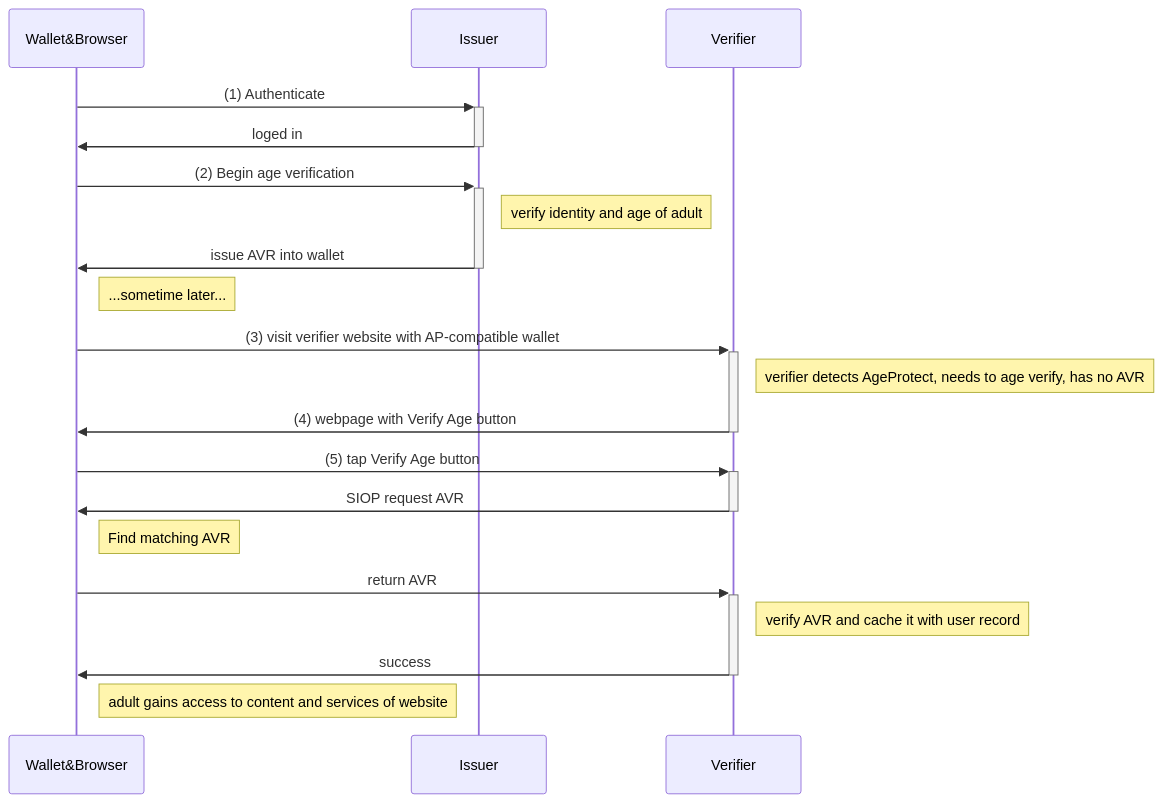
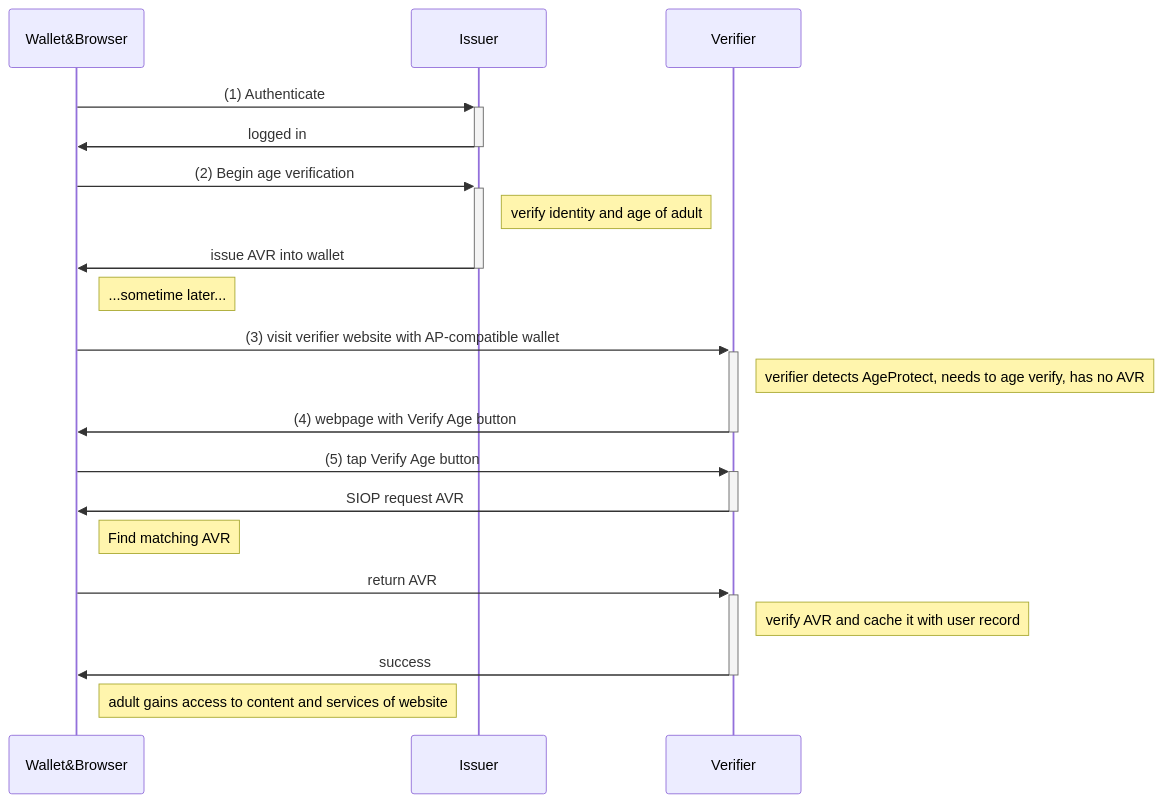
One commit to MeeFoundation/papers changed the diagram in age-protect/images/adult-sequence.mmd. Above: the diagram before and after it, drawn with Mermaid.

Commit message:
Fix a typo in the diagram

```diff
--- a/age-protect/images/adult-sequence.mmd
+++ b/age-protect/images/adult-sequence.mmd
@@ -1,21 +1,21 @@
 
 sequenceDiagram
     participant Wallet&Browser
     participant Issuer
     participant Verifier
     Wallet&Browser->>+Issuer: (1) Authenticate
-    Issuer->>-Wallet&Browser: loged in
+    Issuer->>-Wallet&Browser: logged in
     Wallet&Browser->>+Issuer: (2) Begin age verification
     Note right of Issuer: verify identity and age of adult
     Issuer->>-Wallet&Browser: issue AVR into wallet
     Note right of Wallet&Browser: ...sometime later...
     Wallet&Browser->>+Verifier: (3) visit verifier website with AP-compatible wallet
     Note right of Verifier: verifier detects AgeProtect, needs to age verify, has no AVR
     Verifier->>-Wallet&Browser: (4) webpage with Verify Age button
     Wallet&Browser->>+Verifier: (5) tap Verify Age button
     Verifier->>-Wallet&Browser: SIOP request AVR
     Note right of Wallet&Browser: Find matching AVR
     Wallet&Browser->>+Verifier: return AVR
     Note right of Verifier: verify AVR and cache it with user record
     Verifier->>-Wallet&Browser: success
     Note right of Wallet&Browser: adult gains access to content and services of website
```
